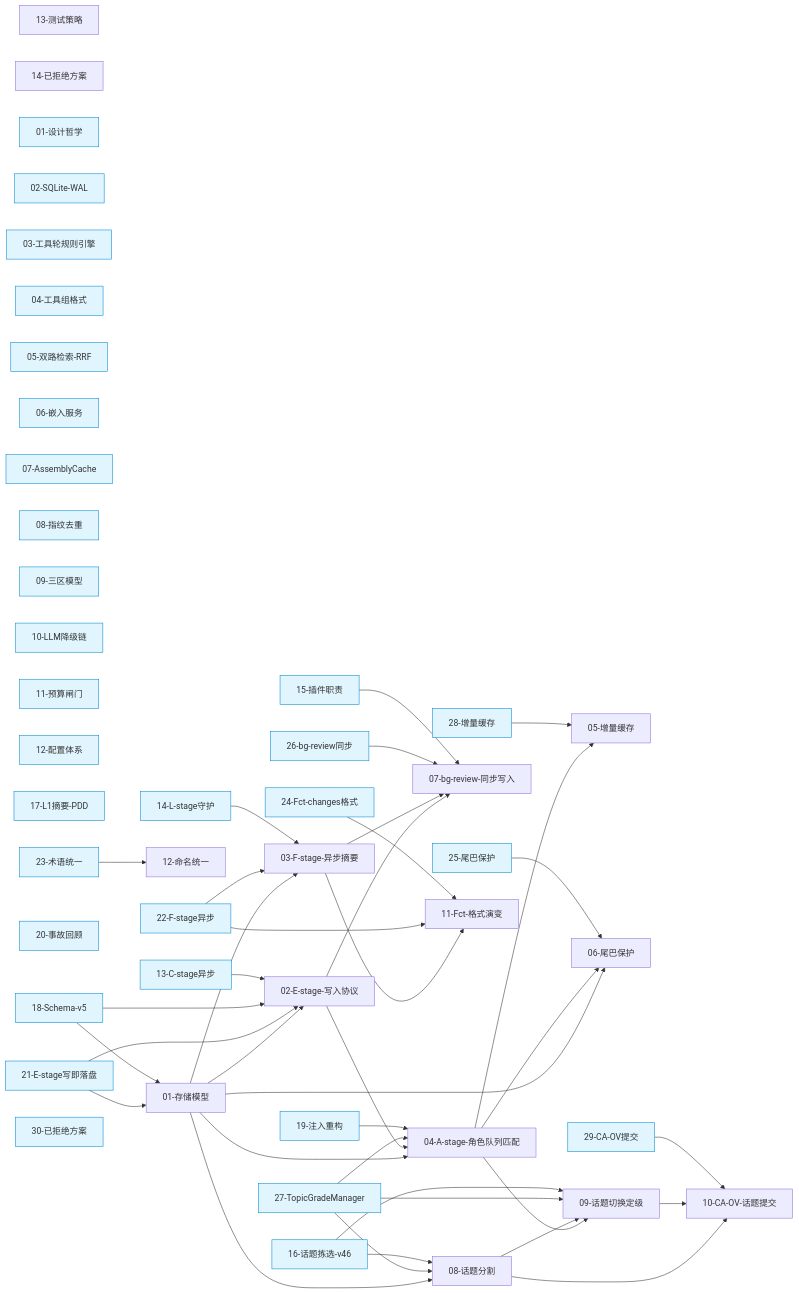
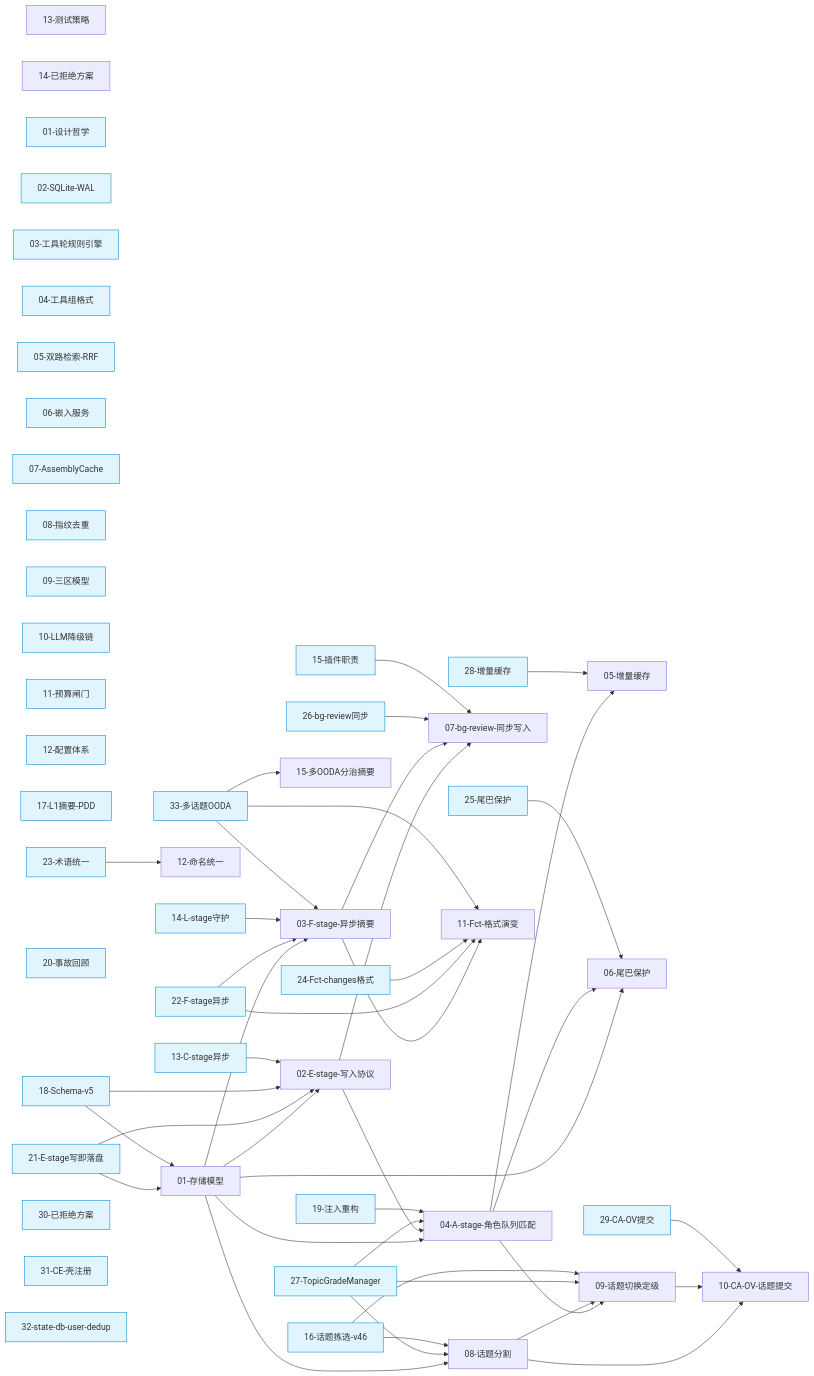
The diagram in docs/wiki/INDEX.md (i1j/context-assembler-hermes), drawn with Mermaid before and after one commit. The commit also changed other lines of this file and 49 other files, not shown here.

````diff
--- a/docs/wiki/INDEX.md
+++ b/docs/wiki/INDEX.md
@@ -21,6 +21,7 @@
   NC[12-命名统一]
   TE[13-测试策略]
   RA[14-已拒绝方案]
+  MO[15-多OODA分治摘要]
 
   %% decisions 节点（旧）
   DP[01-设计哲学]:::decision
@@ -55,6 +56,9 @@
   INCC[28-增量缓存]:::decision
   COV[29-CA-OV提交]:::decision
   REJ[30-已拒绝方案]:::decision
+  CES[31-CE-壳注册]:::decision
+  CDD[32-state-db-user-dedup]:::decision
+  MTP[33-多话题OODA]:::decision
 
   %% architecture → architecture 依赖
   SM --> EP
@@ -96,5 +100,10 @@
   TP46 --> TS
   TP46 --> TG
 
+  %% decisions → architecture 影响（续）
+  MTP --> MO
+  MTP --> FS
+  MTP --> FE
+
   classDef decision fill:#e1f5fe,stroke:#0288d1
 ```
````
